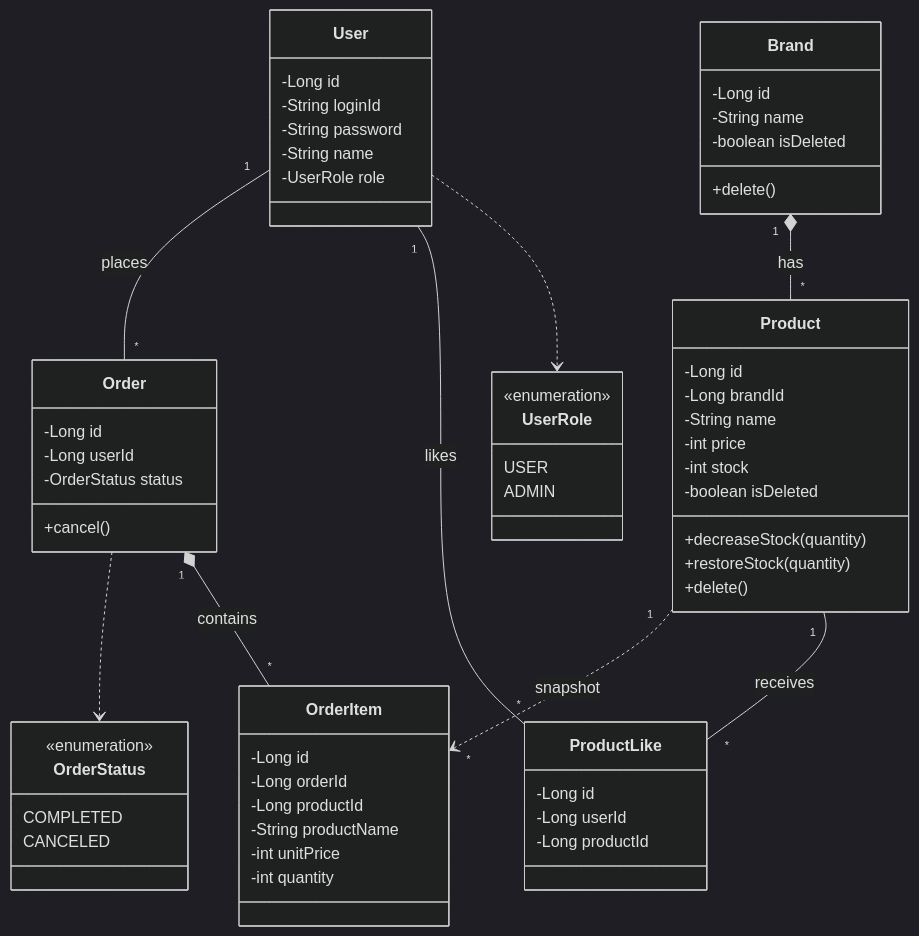
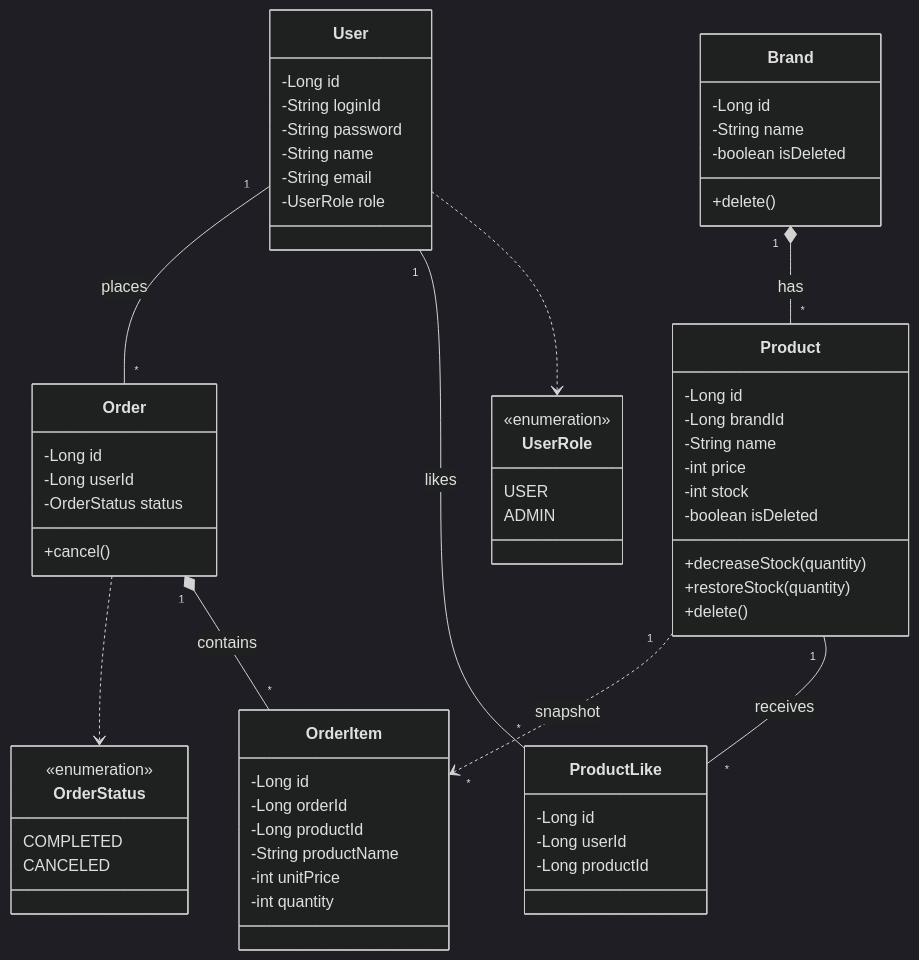
Before and after one commit to kimjunyoung90/loop-pack-be-l2-vol3-java: the diagram in docs/design/03-class-diagram.md, drawn with Mermaid (dark theme). The commit also changed 2 other files, not shown here.

Commit message:
docs: 문서 업데이트

````diff
--- a/docs/design/03-class-diagram.md
+++ b/docs/design/03-class-diagram.md
@@ -5,72 +5,73 @@
 ```mermaid
 classDiagram
     class User {
         -Long id
         -String loginId
         -String password
         -String name
+        -String email
         -UserRole role
     }
 
     class UserRole {
         <<enumeration>>
         USER
         ADMIN
     }
 
     class Brand {
         -Long id
         -String name
         -boolean isDeleted
         +delete()
     }
 
     class Product {
         -Long id
         -Long brandId
         -String name
         -int price
         -int stock
         -boolean isDeleted
         +decreaseStock(quantity)
         +restoreStock(quantity)
         +delete()
     }
 
     class ProductLike {
         -Long id
         -Long userId
         -Long productId
     }
 
     class Order {
         -Long id
         -Long userId
         -OrderStatus status
         +cancel()
     }
 
     class OrderItem {
         -Long id
         -Long orderId
         -Long productId
         -String productName
         -int unitPrice
         -int quantity
     }
 
     class OrderStatus {
         <<enumeration>>
         COMPLETED
         CANCELED
     }
 
     User ..> UserRole
     User "1" -- "*" ProductLike : likes
     User "1" -- "*" Order : places
     Brand "1" *-- "*" Product : has
     Product "1" -- "*" ProductLike : receives
     Order "1" *-- "*" OrderItem : contains
     Order ..> OrderStatus
     Product "1" ..> "*" OrderItem : snapshot
 ```
````
